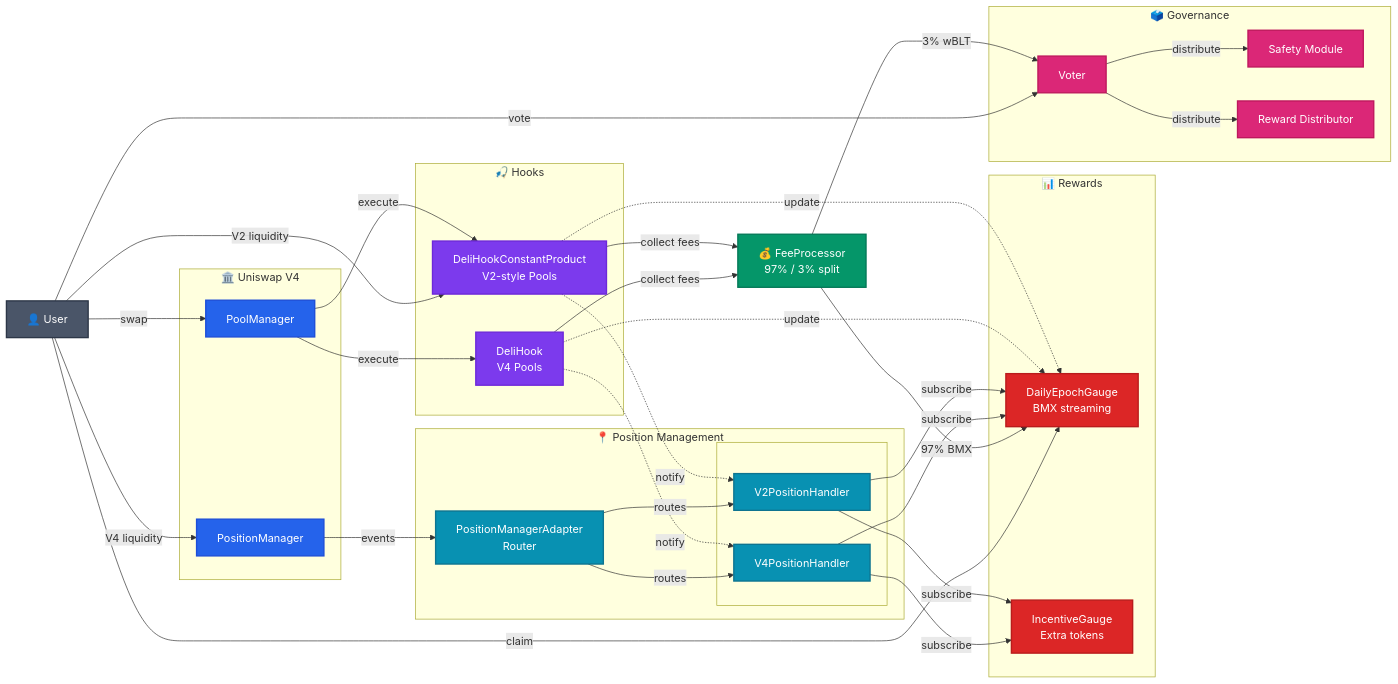
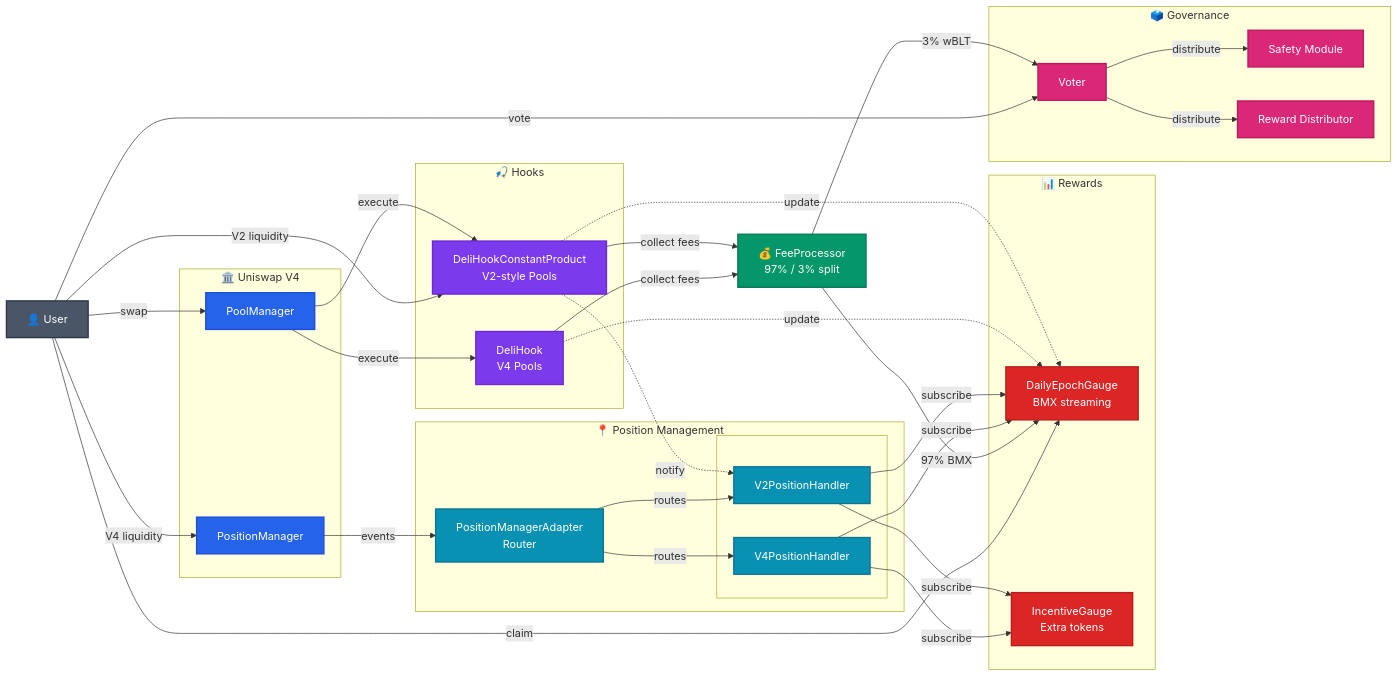
Before and after one commit to morphex-labs/deli-swap-contracts: the first of 3 diagrams in README.md, drawn with Mermaid. The commit also changed other lines of this file and 14 other files, not shown here.

```diff
--- a/README.md
+++ b/README.md
@@ -165,8 +182,7 @@
     PMA -->|routes| V4H
     PMA -->|routes| V2H
     
-    %% Direct hook notifications
-    DH -.->|notify| V4H
+    %% Direct hook notifications (V2 only)
     DHCP -.->|notify| V2H
     
     %% Handler subscriptions
```
